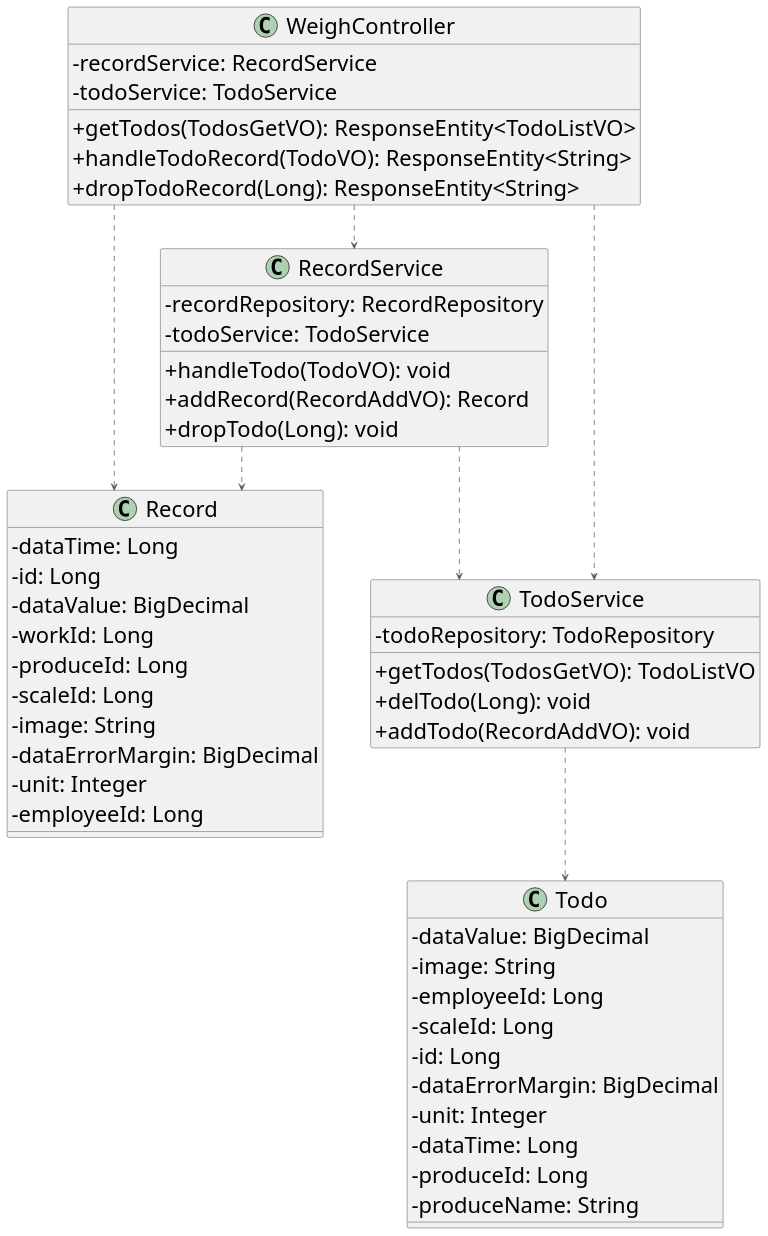
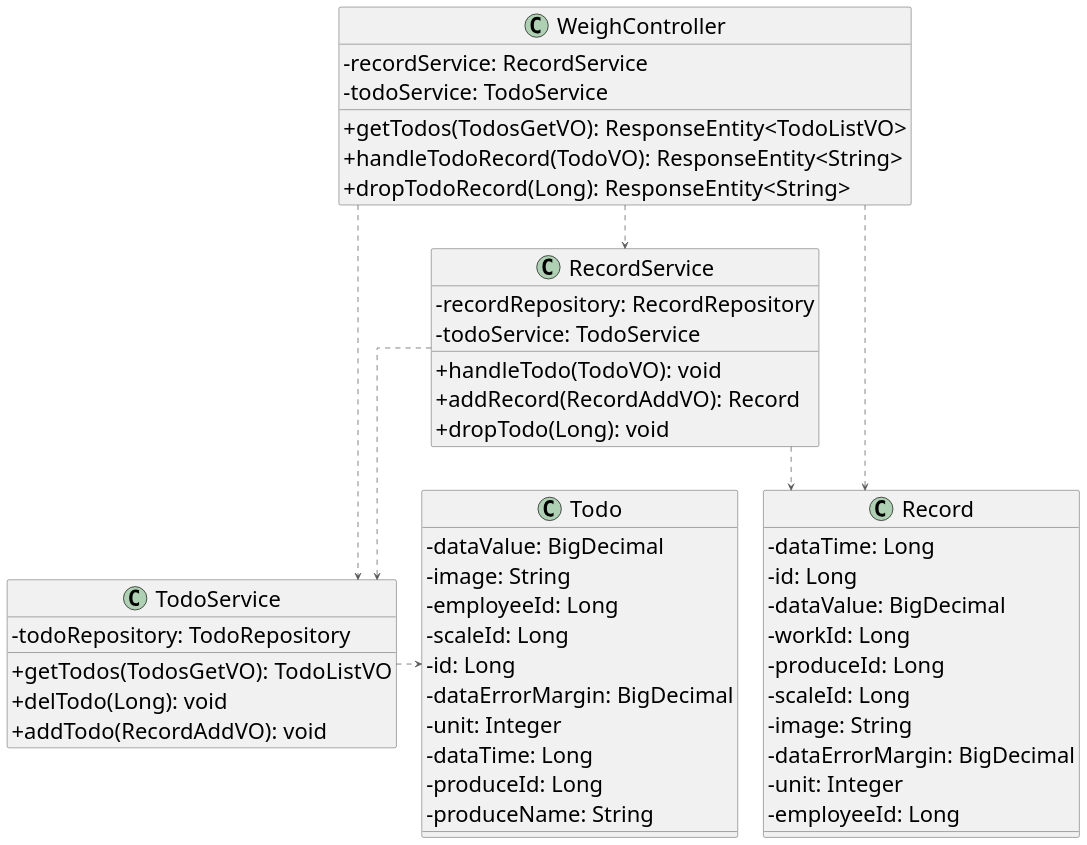
One commit to akynazh/aws changed the diagram in design/待办数据管理功能类图.plantuml. Above: the diagram before and after it, drawn with PlantUML. The commit also changed 7 other files, not shown here.

```diff
--- a/design/待办数据管理功能类图.plantuml
+++ b/design/待办数据管理功能类图.plantuml
@@ -1,60 +1,60 @@
 @startuml
 
 top to bottom direction
 ' left to right direction
 skinparam linetype ortho
 skinparam classAttributeIconSize 0
 skinparam defaultFontSize 30
 
 class Record {
   - dataTime: Long
   - id: Long
   - dataValue: BigDecimal
   - workId: Long
   - produceId: Long
   - scaleId: Long
   - image: String
   - dataErrorMargin: BigDecimal
   - unit: Integer
   - employeeId: Long
 }
 class RecordService {
   - recordRepository: RecordRepository
   - todoService: TodoService
   + handleTodo(TodoVO): void
   + addRecord(RecordAddVO): Record
   + dropTodo(Long): void
 }
 class Todo {
   - dataValue: BigDecimal
   - image: String
   - employeeId: Long
   - scaleId: Long
   - id: Long
   - dataErrorMargin: BigDecimal
   - unit: Integer
   - dataTime: Long
   - produceId: Long
   - produceName: String
 }
 class TodoService {
   - todoRepository: TodoRepository
   + getTodos(TodosGetVO): TodoListVO
   + delTodo(Long): void
   + addTodo(RecordAddVO): void
 }
 class WeighController {
   - recordService: RecordService
   - todoService: TodoService
   + getTodos(TodosGetVO): ResponseEntity<TodoListVO>
   + handleTodoRecord(TodoVO): ResponseEntity<String>
   + dropTodoRecord(Long): ResponseEntity<String>
 }
 
 RecordService    -[#595959,dashed]->  Record          
 RecordService    -[#595959,dashed]->  TodoService     
-TodoService      -[#595959,dashed]->  Todo            
+TodoService      -[#595959,dashed]>  Todo            
 WeighController  -[#595959,dashed]->  Record          
 WeighController  -[#595959,dashed]->  RecordService   
 WeighController  -[#595959,dashed]->  TodoService     
 @enduml
```
